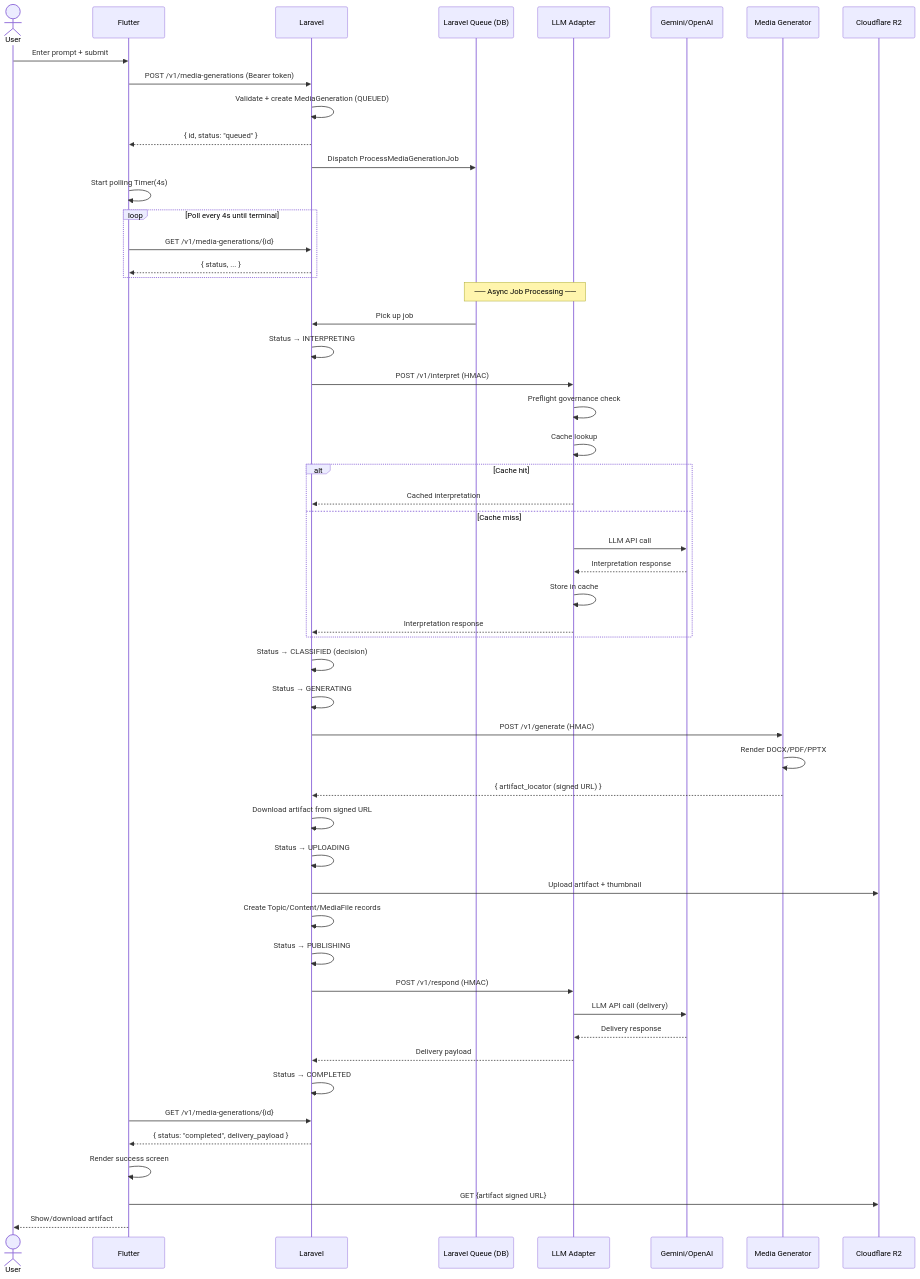
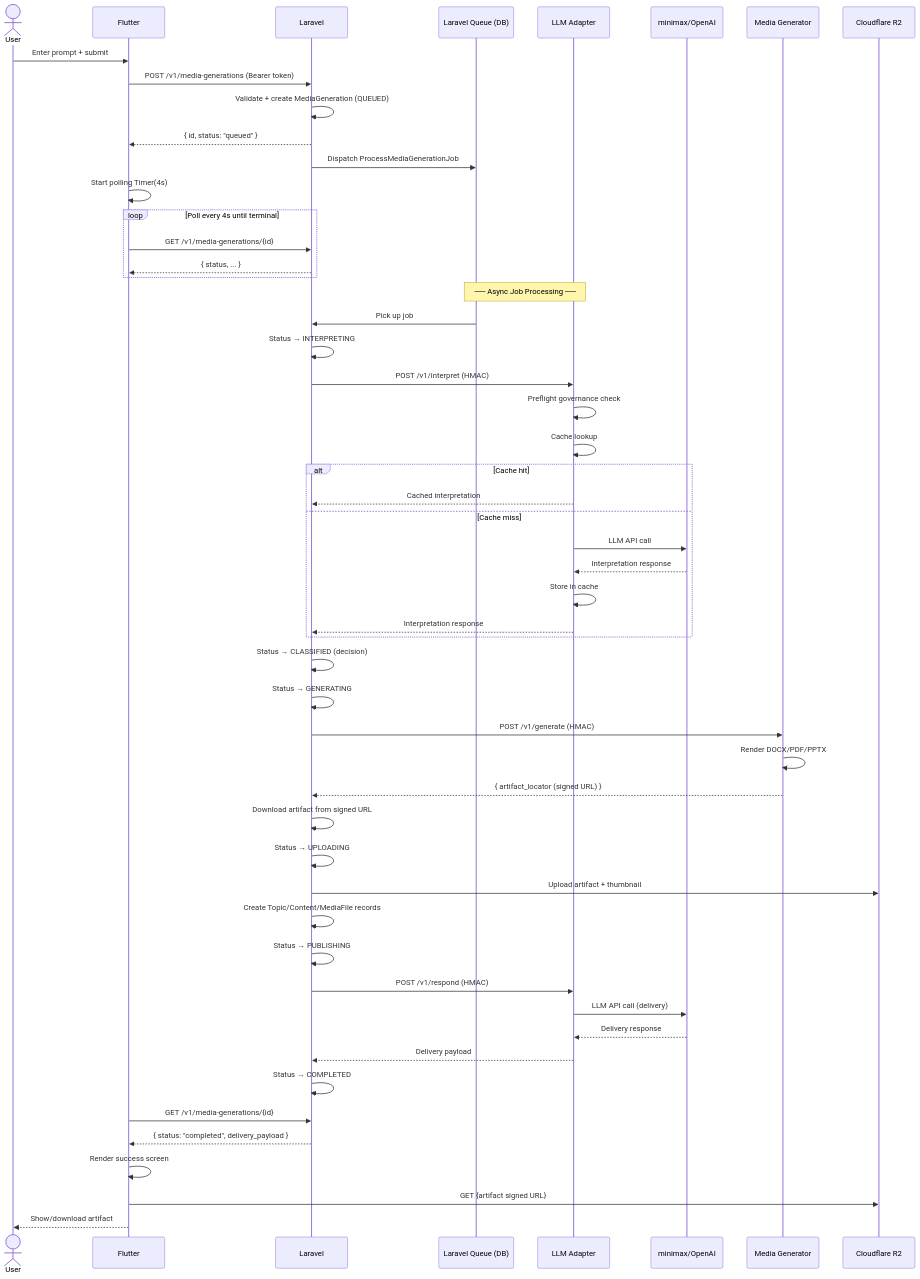
One commit to akmalhasan19/klass-mobile changed the first of 4 diagrams in INTEGRATION_MAPPING.md. Above: the diagram before and after it, drawn with Mermaid. The commit also changed other lines of this file and 32 other files, not shown here.

````diff
--- a/INTEGRATION_MAPPING.md
+++ b/INTEGRATION_MAPPING.md
@@ -66,66 +66,66 @@
 ```mermaid
 sequenceDiagram
     actor User
     participant Flutter
     participant Laravel
     participant Queue as Laravel Queue (DB)
     participant Adapter as LLM Adapter
-    participant Provider as Gemini/OpenAI
+    participant Provider as minimax/OpenAI
     participant MediaGen as Media Generator
     participant R2 as Cloudflare R2
 
     User->>Flutter: Enter prompt + submit
     Flutter->>Laravel: POST /v1/media-generations (Bearer token)
     Laravel->>Laravel: Validate + create MediaGeneration (QUEUED)
     Laravel-->>Flutter: { id, status: "queued" }
     Laravel->>Queue: Dispatch ProcessMediaGenerationJob
 
     Flutter->>Flutter: Start polling Timer(4s)
     loop Poll every 4s until terminal
         Flutter->>Laravel: GET /v1/media-generations/{id}
         Laravel-->>Flutter: { status, ... }
     end
 
     Note over Queue,Adapter: ── Async Job Processing ──
 
     Queue->>Laravel: Pick up job
     Laravel->>Laravel: Status → INTERPRETING
 
     Laravel->>Adapter: POST /v1/interpret (HMAC)
     Adapter->>Adapter: Preflight governance check
     Adapter->>Adapter: Cache lookup
     alt Cache hit
         Adapter-->>Laravel: Cached interpretation
     else Cache miss
         Adapter->>Provider: LLM API call
         Provider-->>Adapter: Interpretation response
         Adapter->>Adapter: Store in cache
         Adapter-->>Laravel: Interpretation response
     end
 
     Laravel->>Laravel: Status → CLASSIFIED (decision)
     Laravel->>Laravel: Status → GENERATING
 
     Laravel->>MediaGen: POST /v1/generate (HMAC)
     MediaGen->>MediaGen: Render DOCX/PDF/PPTX
     MediaGen-->>Laravel: { artifact_locator (signed URL) }
 
     Laravel->>Laravel: Download artifact from signed URL
     Laravel->>Laravel: Status → UPLOADING
     Laravel->>R2: Upload artifact + thumbnail
     Laravel->>Laravel: Create Topic/Content/MediaFile records
     Laravel->>Laravel: Status → PUBLISHING
 
     Laravel->>Adapter: POST /v1/respond (HMAC)
     Adapter->>Provider: LLM API call (delivery)
     Provider-->>Adapter: Delivery response
     Adapter-->>Laravel: Delivery payload
 
     Laravel->>Laravel: Status → COMPLETED
 
     Flutter->>Laravel: GET /v1/media-generations/{id}
     Laravel-->>Flutter: { status: "completed", delivery_payload }
     Flutter->>Flutter: Render success screen
     Flutter->>R2: GET {artifact signed URL}
     Flutter-->>User: Show/download artifact
 ```
````
